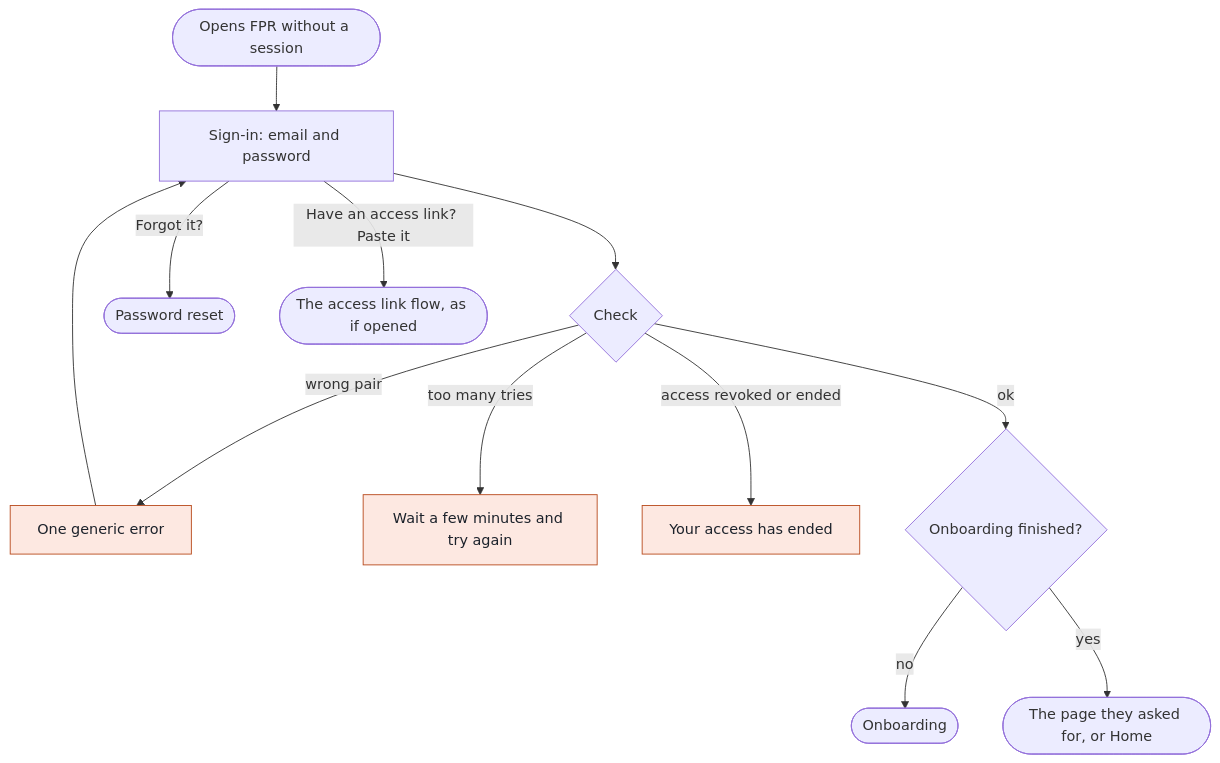
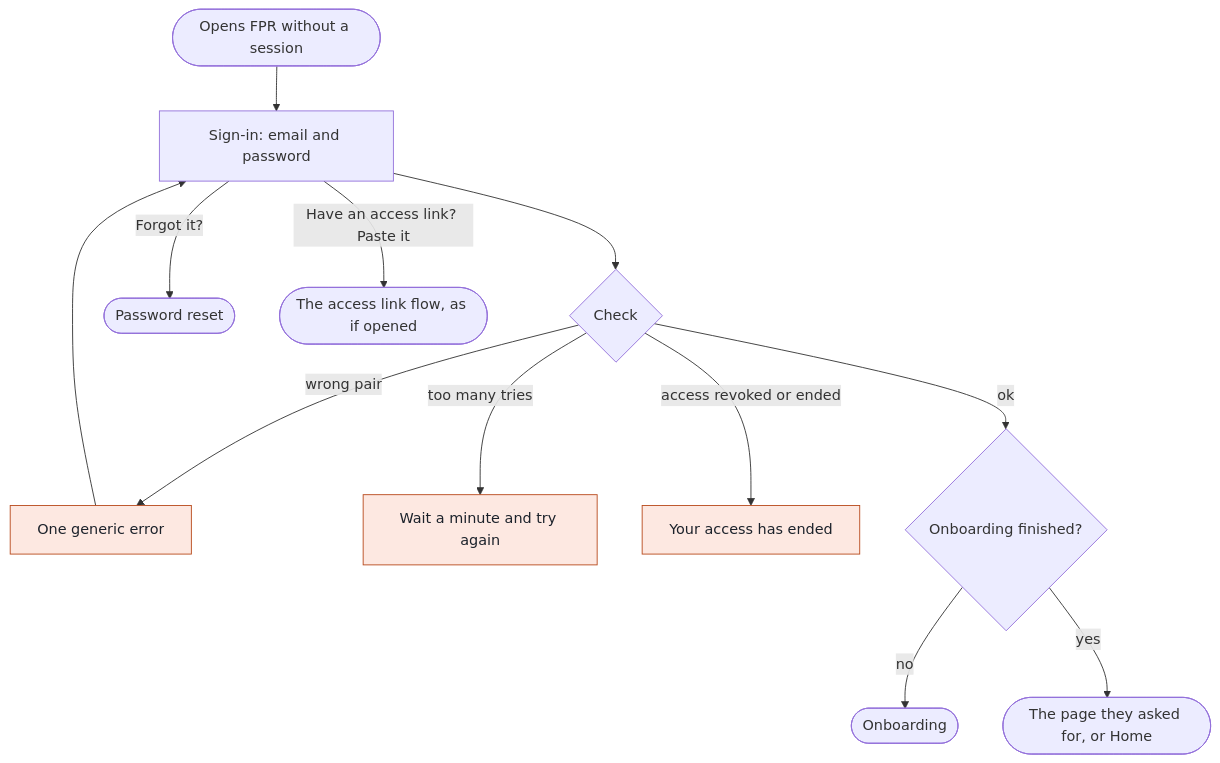
One commit to Fringhian/fpr changed the third of 18 diagrams in docs/product/user-flows.md. Above: the diagram before and after it, drawn with Mermaid. The commit also changed other lines of this file, not shown here.

Commit message:
docs: trim user-flows.md prose

````diff
--- a/docs/product/user-flows.md
+++ b/docs/product/user-flows.md
@@ -57,15 +57,15 @@
 ```mermaid
 flowchart TD
   A(["Opens FPR without a session"]) --> F["Sign-in: email and password"]
   F --> K{"Check"}
   K -->|"wrong pair"| E1["One generic error"]:::err
   E1 --> F
-  K -->|"too many tries"| E2["Wait a few minutes and try again"]:::err
+  K -->|"too many tries"| E2["Wait a minute and try again"]:::err
   K -->|"access revoked or ended"| E3["Your access has ended"]:::err
   K -->|"ok"| OB{"Onboarding finished?"}
   OB -->|"no"| O(["Onboarding"])
   OB -->|"yes"| P(["The page they asked for, or Home"])
   F -->|"Forgot it?"| RP(["Password reset"])
   F -->|"Have an access link? Paste it"| PL(["The access link flow, as if opened"])
   classDef err fill:#fde8e1,stroke:#b84a1c,color:#1c222b
 ```
````
